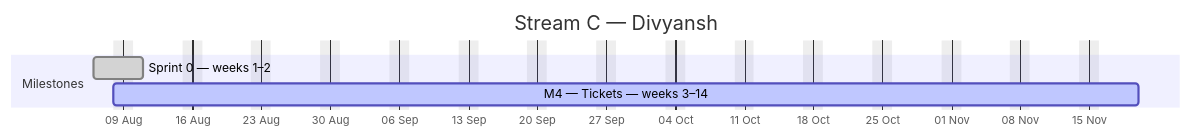
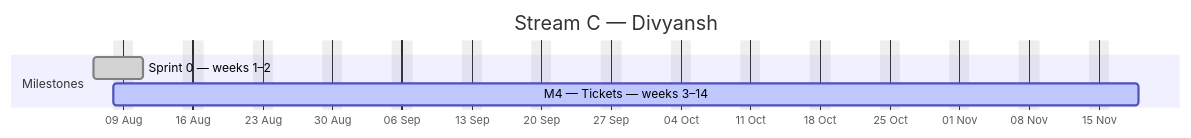
The third of 4 diagrams in docs/plan/GANTT.md (debashisedunext/EduTrack), drawn with Mermaid before and after one commit. The commit also changed other lines of this file and 3 other files, not shown here.

````diff
--- a/docs/plan/GANTT.md
+++ b/docs/plan/GANTT.md
@@ -160,10 +159,10 @@
 ```mermaid
 gantt
     dateFormat YYYY-MM-DD
     axisFormat %d %b
     title Stream C — Divyansh
     excludes weekends
     section Milestones
     Sprint 0 — weeks 1–2 :done, c0, 2026-08-06, 3d
-    M4 — Tickets — weeks 3–14 :active, c1, 2026-08-08, 75d
+    M4 — Tickets — weeks 3–14 :active, c1, 2026-08-08, 74d
 ```
````
